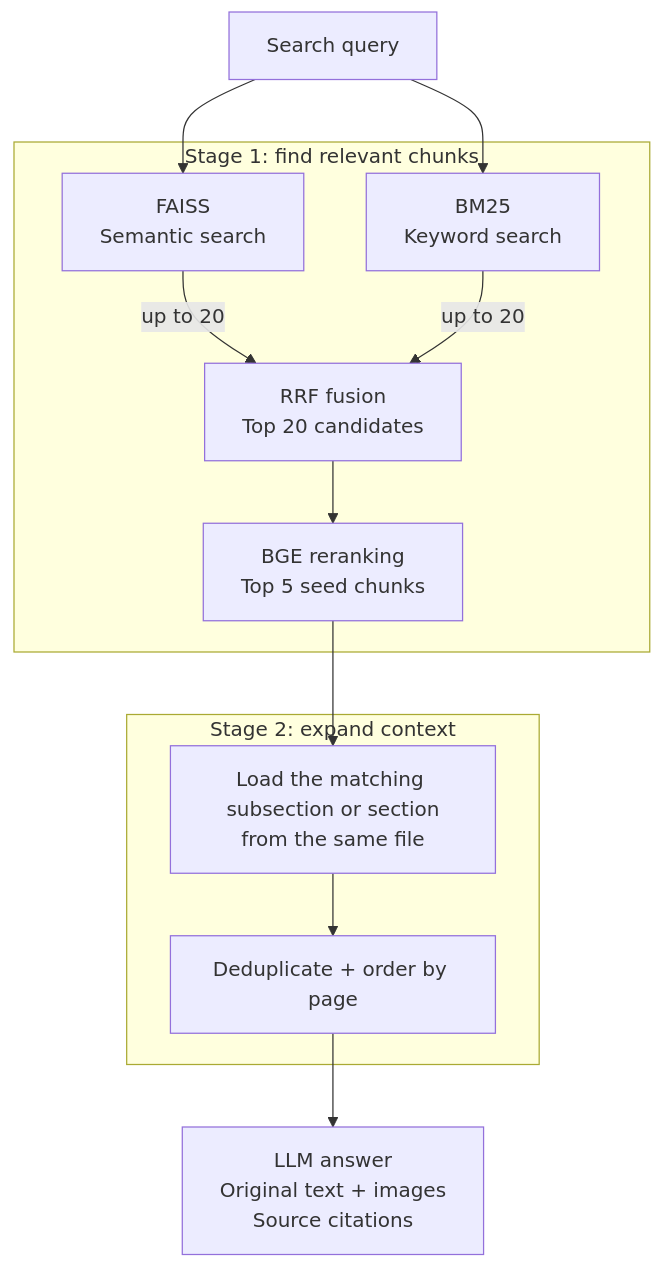
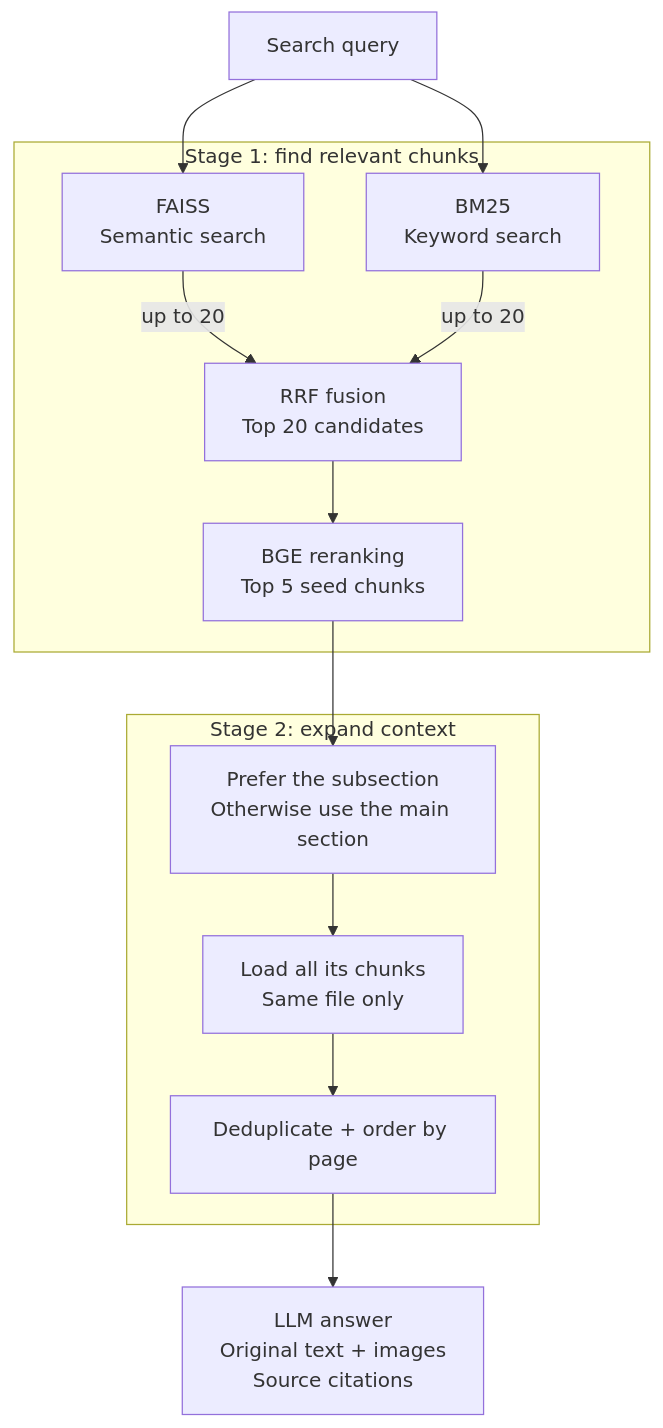
Before and after one commit to HUSSAMX7/Advanced_RAG: the second of 2 diagrams in README.md, drawn with Mermaid. The commit also changed other lines of this file, not shown here.

Commit message:
docs: clarify subsection expansion in the retrieval flow

````diff
--- a/README.md
+++ b/README.md
@@ -36,16 +36,17 @@
 ```mermaid
 flowchart TD
     Q["Search query"]
     subgraph Candidates["Stage 1: find relevant chunks"]
         Dense["FAISS<br/>Semantic search"] -->|"up to 20"| F["RRF fusion<br/>Top 20 candidates"]
         Lexical["BM25<br/>Keyword search"] -->|"up to 20"| F
         F --> G["BGE reranking<br/>Top 5 seed chunks"]
     end
     subgraph Expansion["Stage 2: expand context"]
-        X["Load the matching subsection or section<br/>from the same file"] --> O["Deduplicate + order by page"]
+        X["Prefer the subsection<br/>Otherwise use the main section"] --> L["Load all its chunks<br/>Same file only"]
+        L --> O["Deduplicate + order by page"]
     end
     Q --> Dense
     Q --> Lexical
     G --> X
     O --> Answer["LLM answer<br/>Original text + images<br/>Source citations"]
 ```
````
